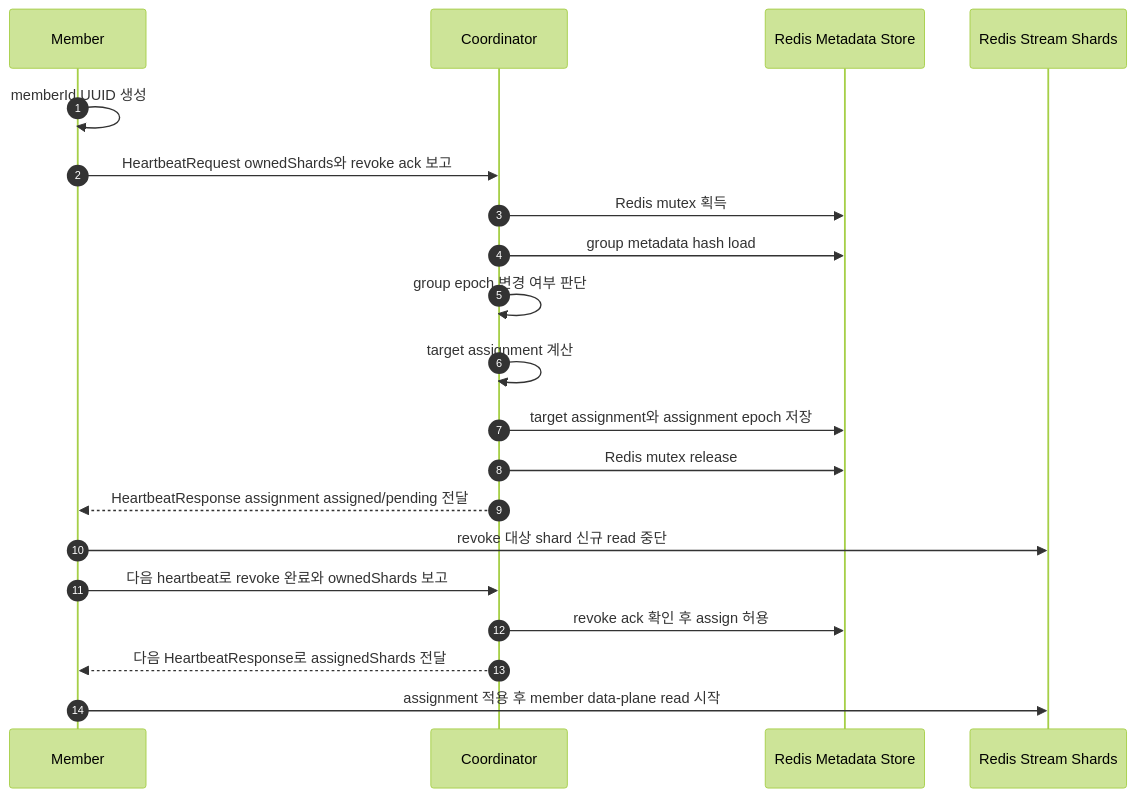
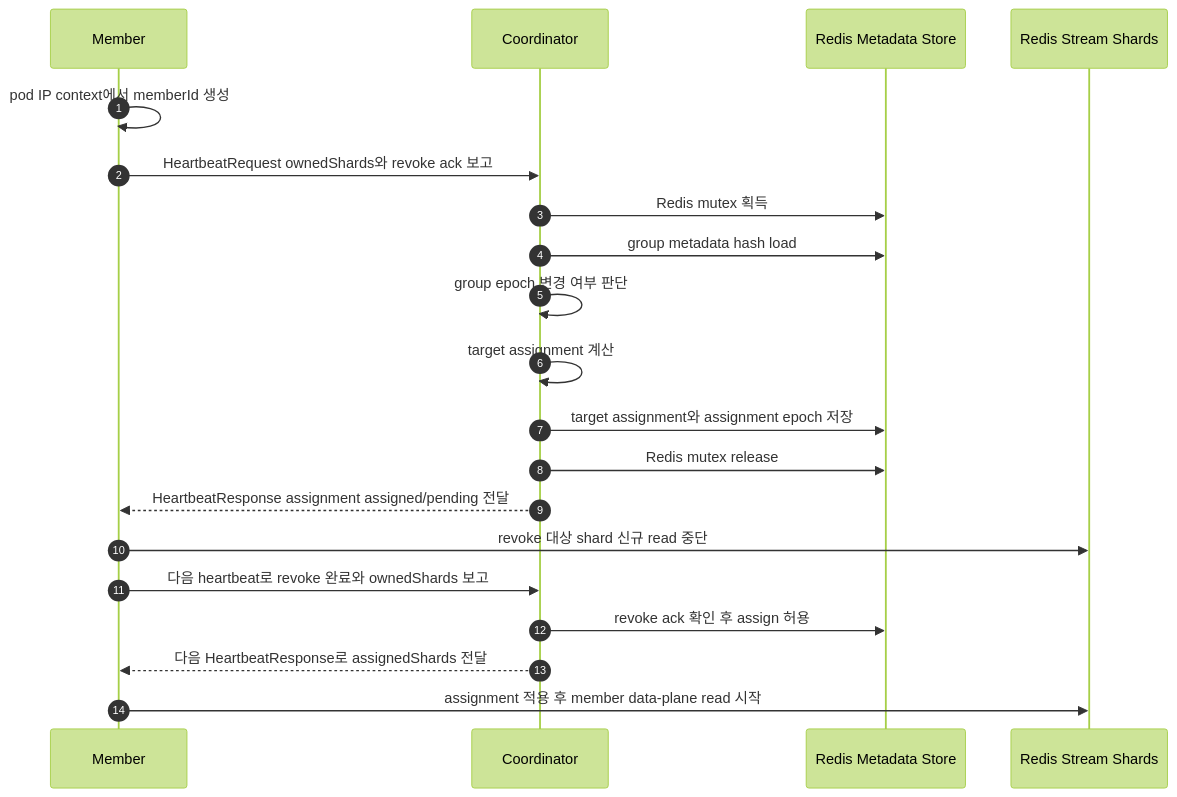
The first of 4 diagrams in docs/ko/prd/02-coordinator-architecture.md (ghkdqhrbals/redis-stream-coordinator), drawn with Mermaid (forest theme) before and after one commit. The commit also changed other lines of this file and 132 other files, not shown here.

````diff
--- a/docs/ko/prd/02-coordinator-architecture.md
+++ b/docs/ko/prd/02-coordinator-architecture.md
@@ -5,23 +5,23 @@
 ```mermaid
 sequenceDiagram
     autonumber
     participant M as Member
     participant Coord as Coordinator
     participant Store as Redis Metadata Store
     participant Stream as Redis Stream Shards
 
-    M->>M: memberId UUID 생성
+    M->>M: pod IP context에서 memberId 생성
     M->>Coord: HeartbeatRequest ownedShards와 revoke ack 보고
     Coord->>Store: Redis mutex 획득
     Coord->>Store: group metadata hash load
     Coord->>Coord: group epoch 변경 여부 판단
     Coord->>Coord: target assignment 계산
     Coord->>Store: target assignment와 assignment epoch 저장
     Coord->>Store: Redis mutex release
     Coord-->>M: HeartbeatResponse assignment assigned/pending 전달
     M->>Stream: revoke 대상 shard 신규 read 중단
     M->>Coord: 다음 heartbeat로 revoke 완료와 ownedShards 보고
     Coord->>Store: revoke ack 확인 후 assign 허용
     Coord-->>M: 다음 HeartbeatResponse로 assignedShards 전달
     M->>Stream: assignment 적용 후 member data-plane read 시작
 ```
````
